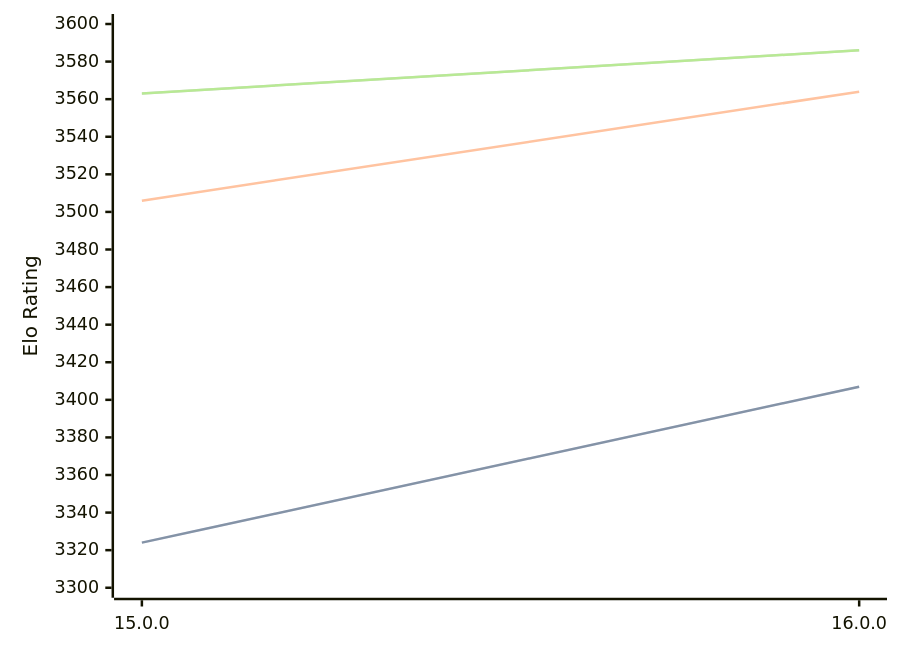
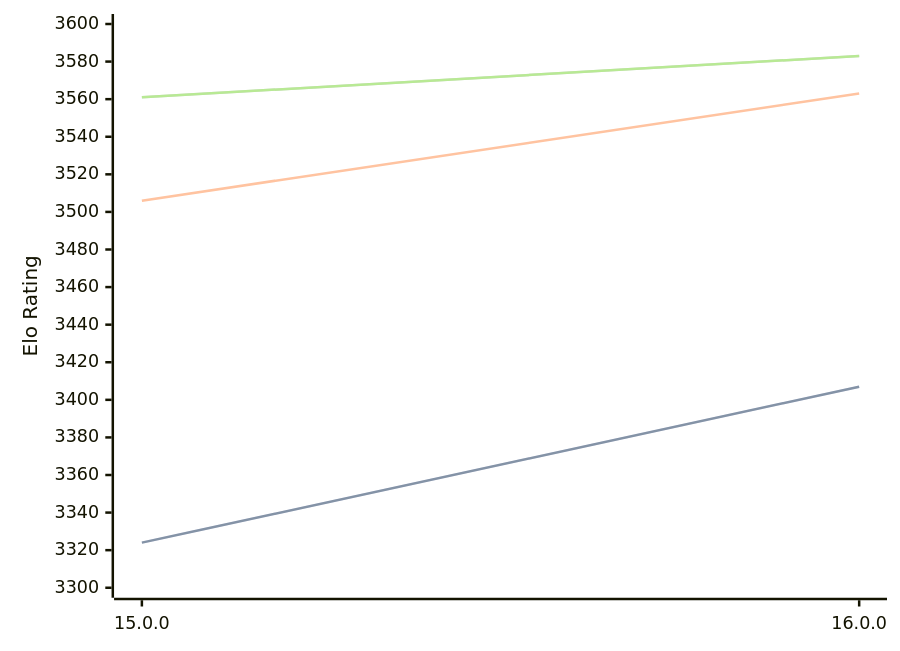
One commit to computer-chess-index/cci changed the diagram in engines/Halogen.md. Above: the diagram before and after it, drawn with Mermaid. The commit also changed other lines of this file, not shown here.

Commit message:
Update CCI Ratings (ELO VLTC) - 2026-03-11

````diff
--- a/engines/Halogen.md
+++ b/engines/Halogen.md
@@ -48,11 +48,11 @@
 ```mermaid
 %%{init: {"theme":"base","themeVariables":{"seriesColors:['#a3a3a3','#222221','#faa371']}}}%%
 xychart-beta
   x-axis ["15.0.0", "16.0.0"]
   y-axis "Elo Rating" 3300 --> 3600
   line "STC (8.0+0.08s)" [3324, 3407]
   line "STC (8.0+0.08s)" [3324, 3407]
-  line "LTC (60.0+0.60s)" [3506, 3564]
-  line "VLTC (2m24s+1.12s)" [3563, 3586]
-  line "VLTC (2m24s+1.12s)" [3563, 3586]
+  line "LTC (60.0+0.60s)" [3506, 3563]
+  line "VLTC (2m24s+1.12s)" [3561, 3583]
+  line "VLTC (2m24s+1.12s)" [3561, 3583]
 ```
````
